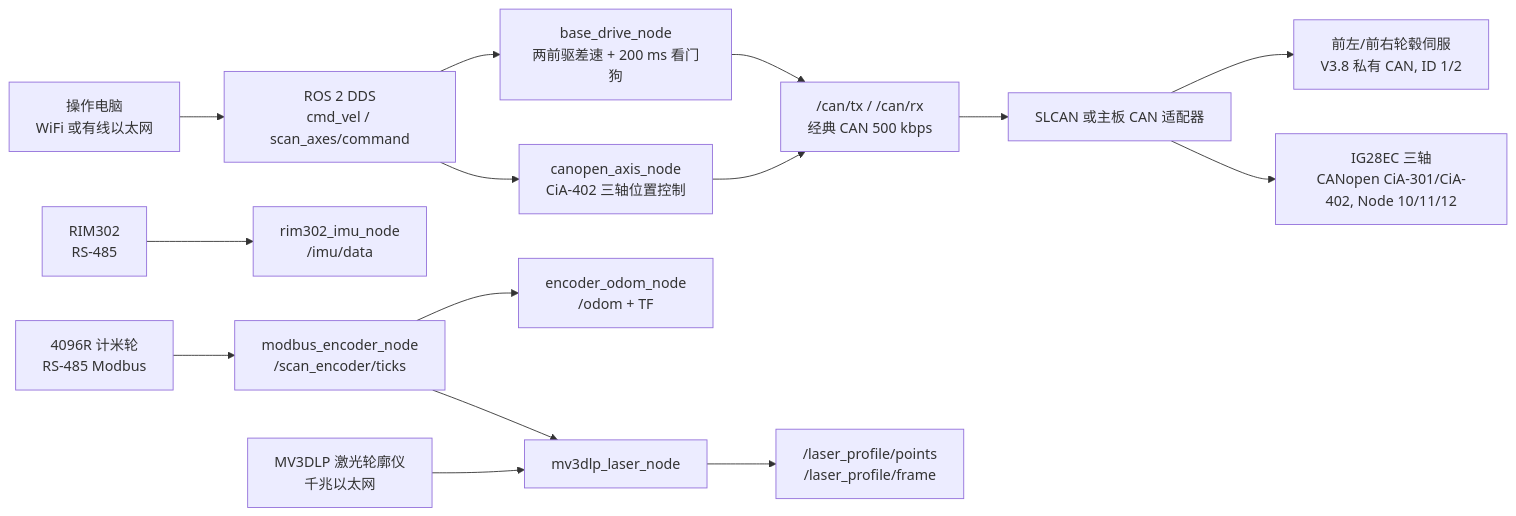
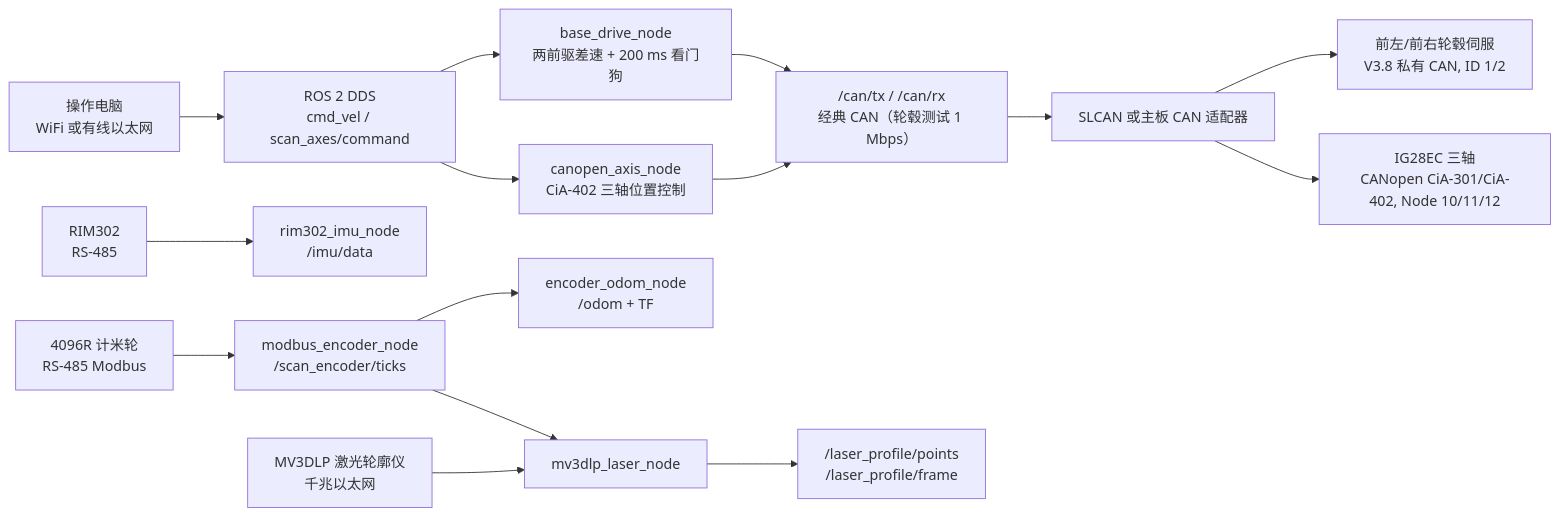
One commit to chuge007/rosCar changed the diagram in ros2_ws/README.md. Above: the diagram before and after it, drawn with Mermaid. The commit also changed other lines of this file and 66265 other files, not shown here.

````diff
--- a/ros2_ws/README.md
+++ b/ros2_ws/README.md
@@ -5,17 +5,17 @@
 ```mermaid
 flowchart LR
     PC["操作电脑\nWiFi 或有线以太网"] --> DDS["ROS 2 DDS\ncmd_vel / scan_axes/command"]
     DDS --> Base["base_drive_node\n两前驱差速 + 200 ms 看门狗"]
-    Base --> CanTopic["/can/tx / /can/rx\n经典 CAN 500 kbps"]
+    Base --> CanTopic["/can/tx / /can/rx\n经典 CAN（轮毂测试 1 Mbps）"]
     DDS --> Axes["canopen_axis_node\nCiA-402 三轴位置控制"]
     Axes --> CanTopic
     CanTopic --> CanBridge["SLCAN 或主板 CAN 适配器"]
     CanBridge --> Wheels["前左/前右轮毂伺服\nV3.8 私有 CAN, ID 1/2"]
     CanBridge --> AxisMotors["IG28EC 三轴\nCANopen CiA-301/CiA-402, Node 10/11/12"]
     RIM["RIM302\nRS-485"] --> Imu["rim302_imu_node\n/imu/data"]
     Encoder["4096R 计米轮\nRS-485 Modbus"] --> EncoderNode["modbus_encoder_node\n/scan_encoder/ticks"]
     EncoderNode --> Odom["encoder_odom_node\n/odom + TF"]
     EncoderNode --> Laser["mv3dlp_laser_node"]
     LaserHw["MV3DLP 激光轮廓仪\n千兆以太网"] --> Laser
     Laser --> Cloud["/laser_profile/points\n/laser_profile/frame"]
 ```
````
